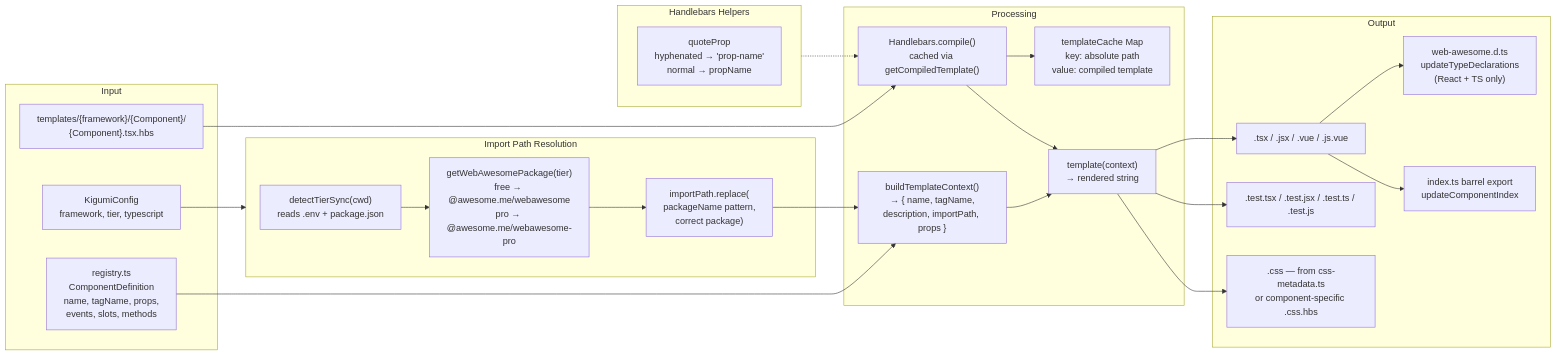
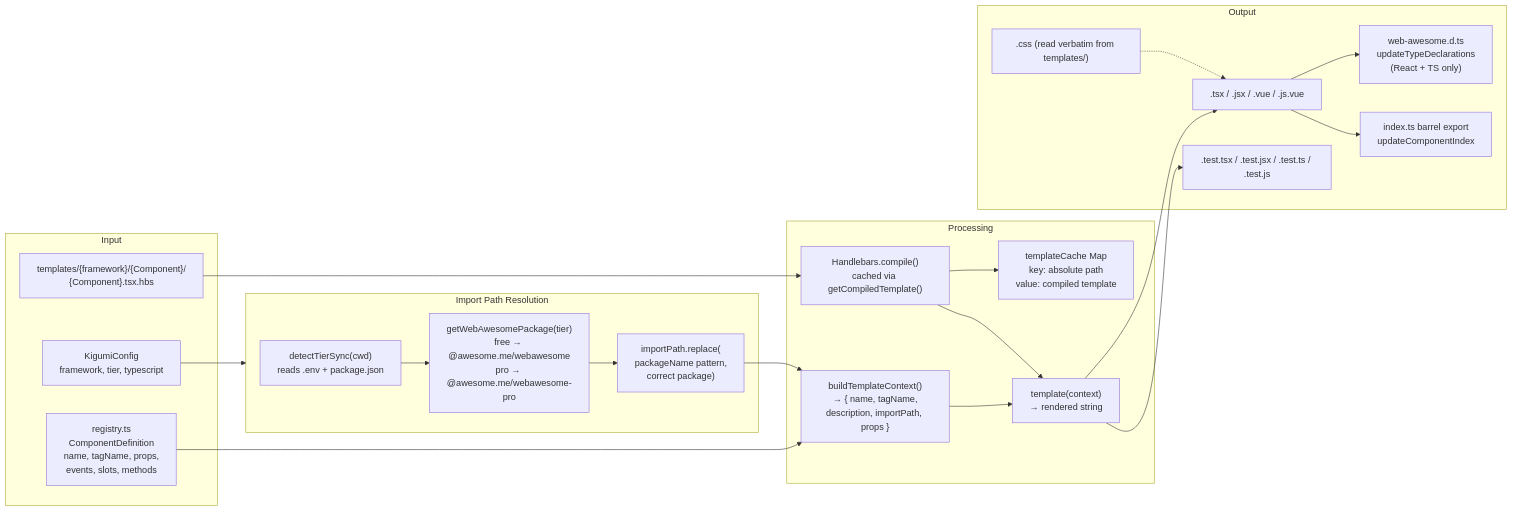
Before and after one commit to kigumi-ui/kigumi-cli: the diagram in .claude/diagrams/template-pipeline.mmd, drawn with Mermaid. The commit also changed 237 other files, not shown here.

```diff
--- a/.claude/diagrams/template-pipeline.mmd
+++ b/.claude/diagrams/template-pipeline.mmd
@@ -1,42 +1,38 @@
 flowchart LR
     subgraph Input
         HBS["templates/{framework}/{Component}/\n{Component}.tsx.hbs"]
         REG["registry.ts\nComponentDefinition\nname, tagName, props,\nevents, slots, methods"]
         CFG["KigumiConfig\nframework, tier, typescript"]
     end
 
     subgraph TierResolution["Import Path Resolution"]
         DETECT["detectTierSync(cwd)\nreads .env + package.json"]
         PKG["getWebAwesomePackage(tier)\nfree → @awesome.me/webawesome\npro → @awesome.me/webawesome-pro"]
         REPLACE["importPath.replace(\npackageName pattern,\ncorrect package)"]
     end
 
     subgraph Processing
         CTX["buildTemplateContext()\n→ { name, tagName,\ndescription, importPath, props }"]
         CACHE["templateCache Map\nkey: absolute path\nvalue: compiled template"]
         COMPILE["Handlebars.compile()\ncached via getCompiledTemplate()"]
         RENDER["template(context)\n→ rendered string"]
     end
 
-    subgraph Helpers["Handlebars Helpers"]
-        QP["quoteProp\nhyphenated → 'prop-name'\nnormal → propName"]
-    end
-
     subgraph Output
         COMP[".tsx / .jsx / .vue / .js.vue"]
         TEST[".test.tsx / .test.jsx / .test.ts / .test.js"]
-        CSS[".css — from css-metadata.ts\nor component-specific .css.hbs"]
+        CSS[".css (read verbatim from templates/)"]
         TYPES["web-awesome.d.ts\nupdateTypeDeclarations\n(React + TS only)"]
         INDEX["index.ts barrel export\nupdateComponentIndex"]
     end
 
     REG --> CTX
     CFG --> TierResolution
     DETECT --> PKG --> REPLACE
     REPLACE --> CTX
     CTX --> RENDER
     HBS --> COMPILE --> RENDER
-    Helpers -.-> COMPILE
     COMPILE --> CACHE
-    RENDER --> COMP & TEST & CSS
+    RENDER --> COMP & TEST
+    CSS -.-> COMP
     COMP --> TYPES & INDEX
```
